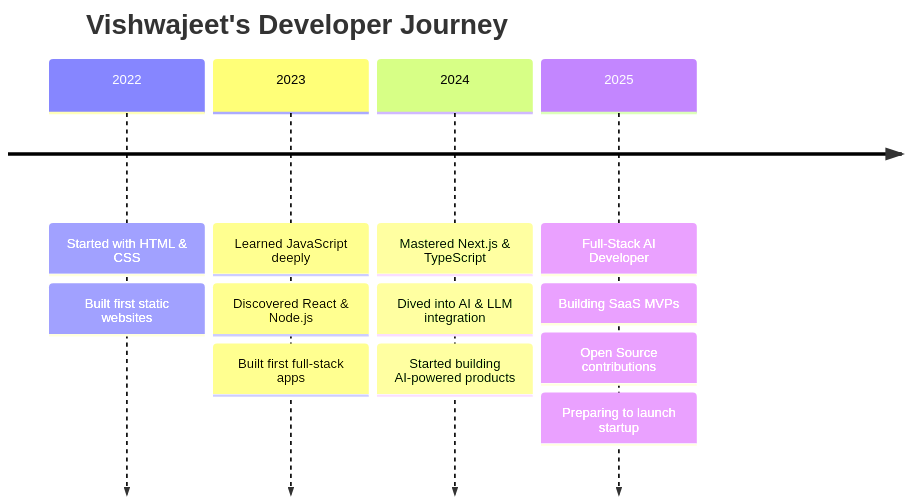
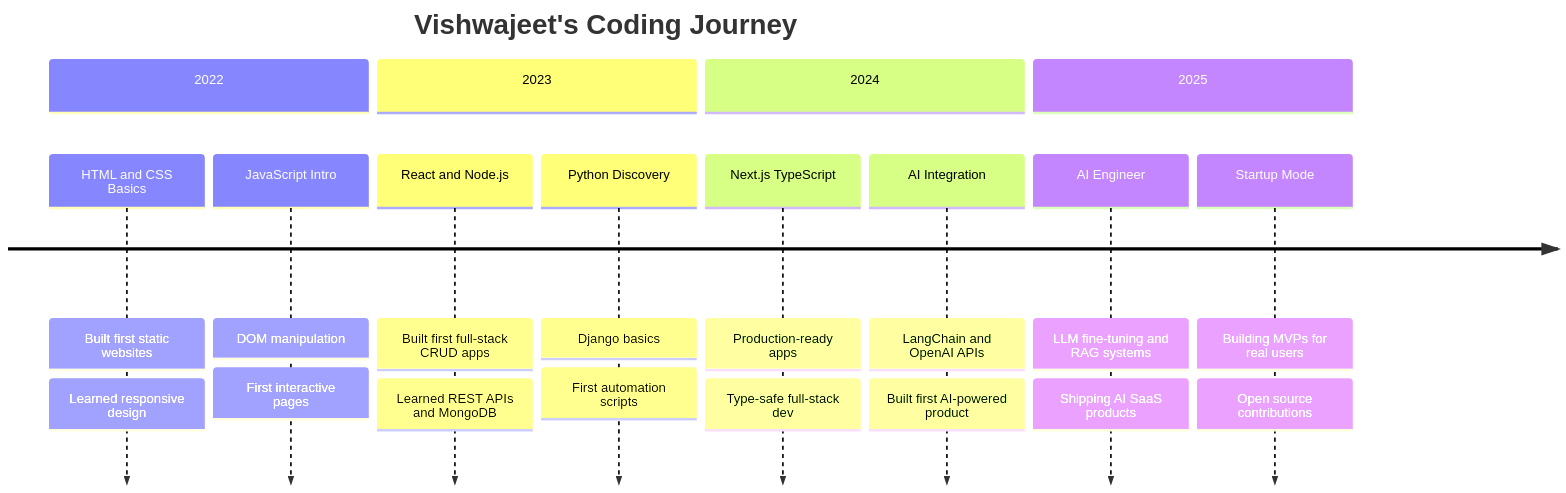
Before and after one commit to codeby-Vishwajeet/codeby-Vishwajeet: the diagram in README.md, drawn with Mermaid. The commit also changed other lines of this file, not shown here.

````diff
--- a/README.md
+++ b/README.md
@@ -298,16 +246,24 @@
 ```mermaid
 timeline
-    title Vishwajeet's Developer Journey
-    2022 : Started with HTML & CSS
-         : Built first static websites
-    2023 : Learned JavaScript deeply
-         : Discovered React & Node.js
-         : Built first full-stack apps
-    2024 : Mastered Next.js & TypeScript
-         : Dived into AI & LLM integration
-         : Started building AI-powered products
-    2025 : Full-Stack AI Developer
-         : Building SaaS MVPs
-         : Open Source contributions
-         : Preparing to launch startup
+    title Vishwajeet's Coding Journey
+    section 2022
+      HTML and CSS Basics : Built first static websites
+                          : Learned responsive design
+      JavaScript Intro    : DOM manipulation
+                          : First interactive pages
+    section 2023
+      React and Node.js   : Built first full-stack CRUD apps
+                          : Learned REST APIs and MongoDB
+      Python Discovery    : Django basics
+                          : First automation scripts
+    section 2024
+      Next.js TypeScript  : Production-ready apps
+                          : Type-safe full-stack dev
+      AI Integration      : LangChain and OpenAI APIs
+                          : Built first AI-powered product
+    section 2025
+      AI Engineer         : LLM fine-tuning and RAG systems
+                          : Shipping AI SaaS products
+      Startup Mode        : Building MVPs for real users
+                          : Open source contributions
 ```
````
